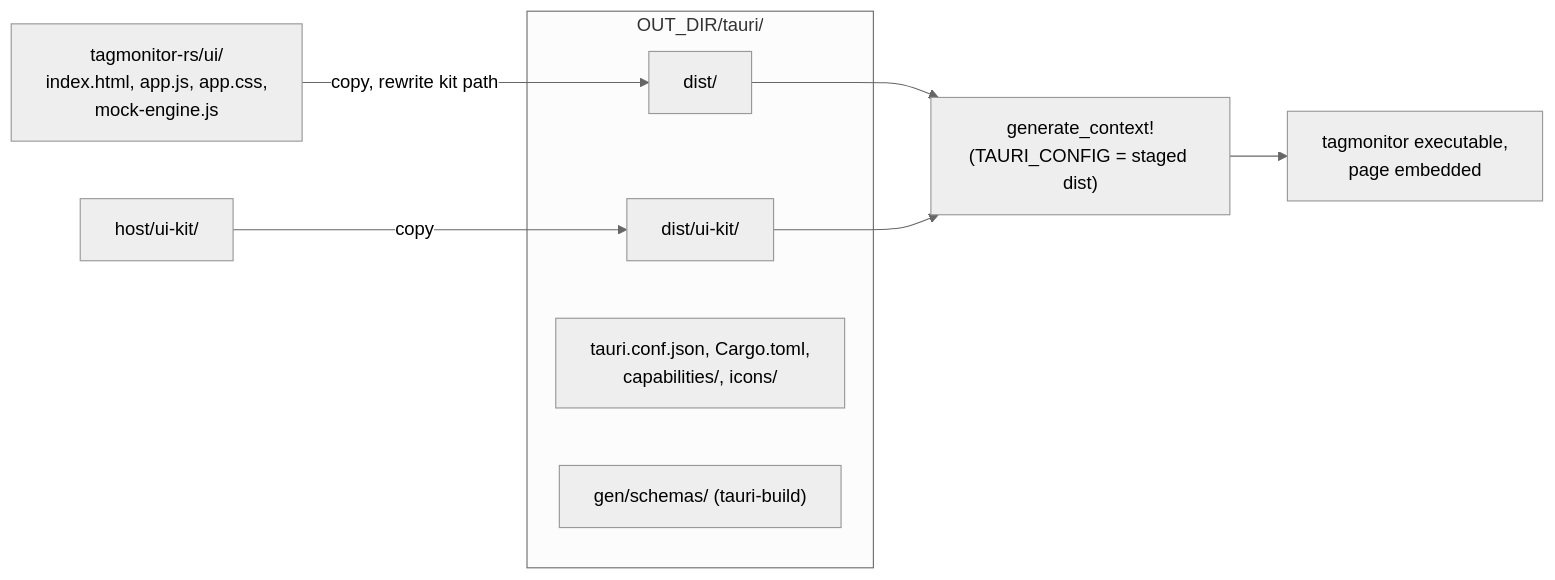
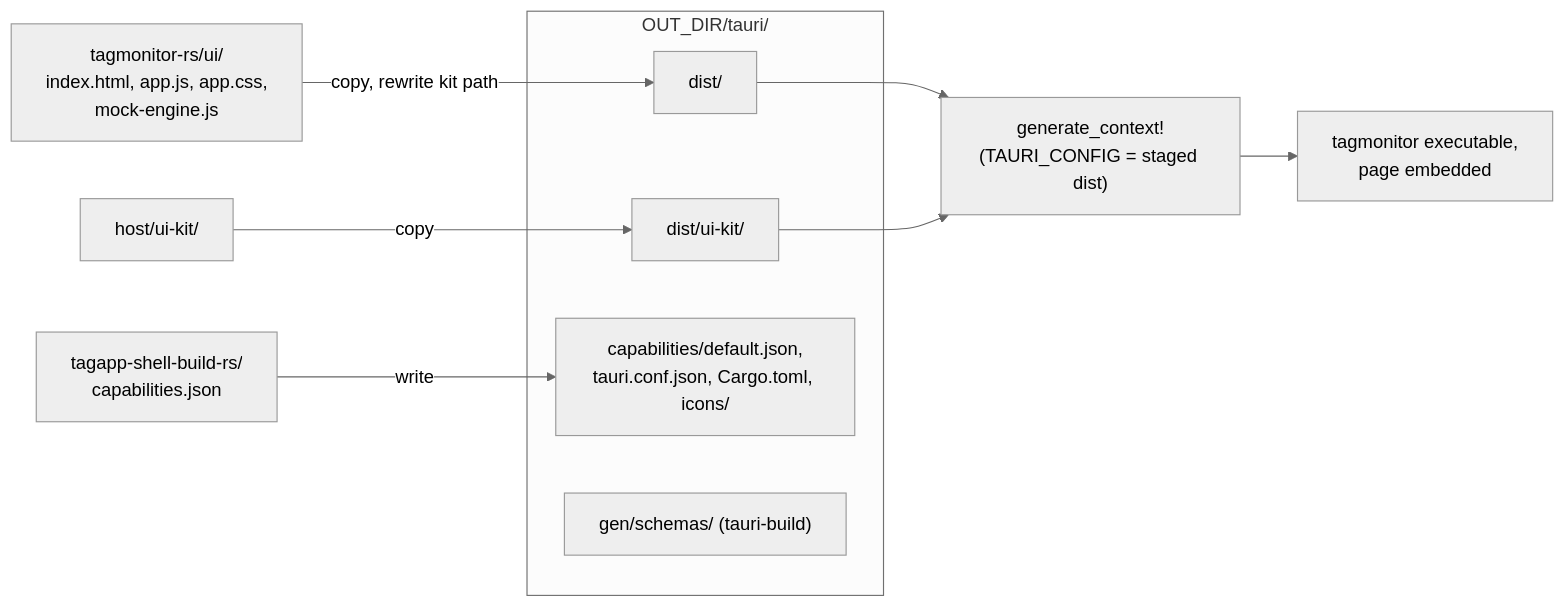
One commit to tag-designs/software changed the second of 2 diagrams in host/design/tutorial/10-tauri-shell.md. Above: the diagram before and after it, drawn with Mermaid (neutral theme). The commit also changed other lines of this file and 56 other files, not shown here.

````diff
--- a/host/design/tutorial/10-tauri-shell.md
+++ b/host/design/tutorial/10-tauri-shell.md
@@ -882,14 +1286,15 @@
 ```mermaid
 flowchart LR
     ui["tagmonitor-rs/ui/<br/>index.html, app.js, app.css,<br/>mock-engine.js"] -->|copy, rewrite kit path| dist
     kit["host/ui-kit/"] -->|copy| distkit
+    caps["tagapp-shell-build-rs/<br/>capabilities.json"] -->|write| conf
     subgraph stage["OUT_DIR/tauri/"]
         dist["dist/"]
         distkit["dist/ui-kit/"]
-        conf["tauri.conf.json, Cargo.toml,<br/>capabilities/, icons/"]
+        conf["capabilities/default.json,<br/>tauri.conf.json, Cargo.toml, icons/"]
         gen["gen/schemas/ (tauri-build)"]
     end
     dist --> ctx["generate_context!<br/>(TAURI_CONFIG = staged dist)"]
     distkit --> ctx
     ctx --> exe["tagmonitor executable,<br/>page embedded"]
 ```
````
